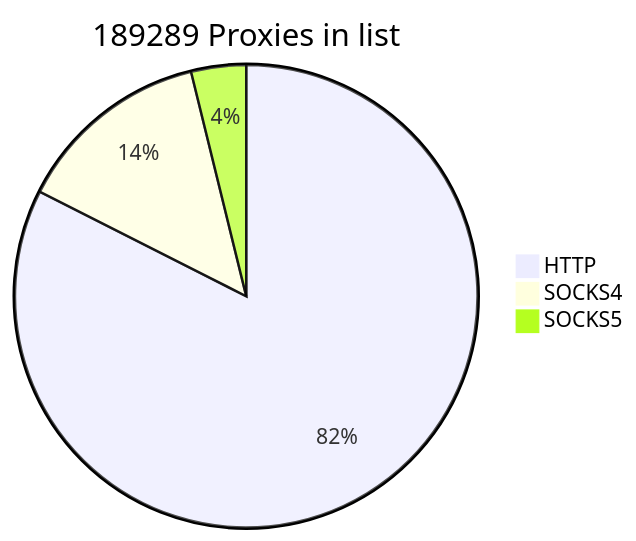
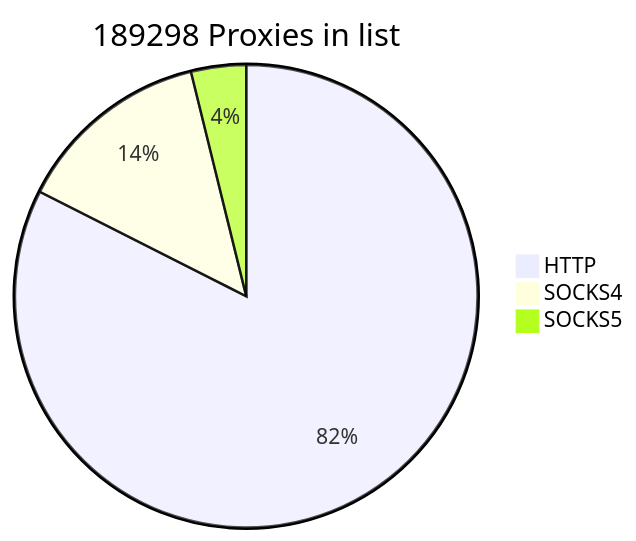
One commit to cutipu/proxylist changed the first of 2 diagrams in README.md. Above: the diagram before and after it, drawn with Mermaid. The commit also changed other lines of this file, not shown here.

````diff
--- a/README.md
+++ b/README.md
@@ -2,7 +2,7 @@
 ```mermaid
-pie title 189289 Proxies in list
+pie title 189298 Proxies in list
     "HTTP" : 156091
-    "SOCKS4" : 25936
-    "SOCKS5" : 7262
+    "SOCKS4" : 25932
+    "SOCKS5" : 7275
             
 ```
````
